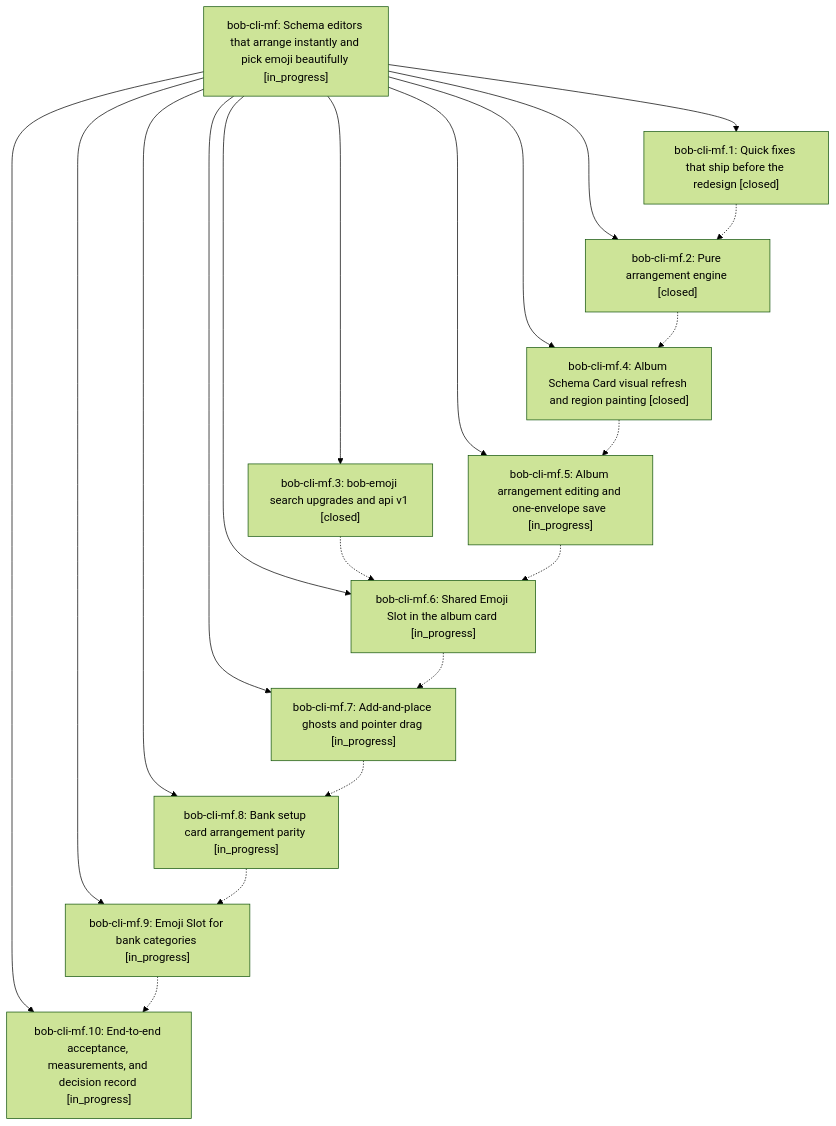
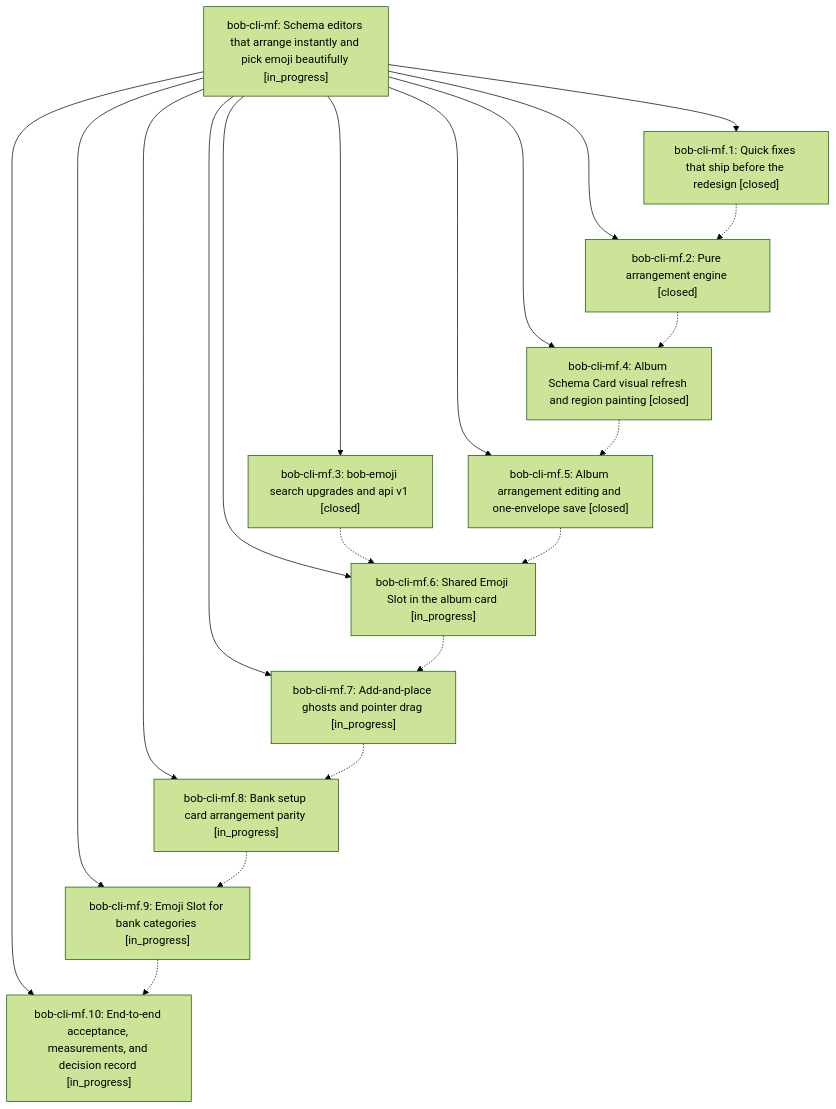
One commit to bobs-org/bob-cli--beads changed the diagram in pages/bob-cli-mf/README.md. Above: the diagram before and after it, drawn with Mermaid (forest theme). The commit also changed other lines of this file and 3 other files, not shown here.

First line of the commit message:
chore(beads): sync bead state and pages for bob-cli-mf

````diff
--- a/pages/bob-cli-mf/README.md
+++ b/pages/bob-cli-mf/README.md
@@ -43,33 +43,33 @@
 ```mermaid
 flowchart TD
     n0["bob-cli-mf: Schema editors that arrange instantly and pick emoji beautifully [in_progress]"]
     n1["bob-cli-mf.1: Quick fixes that ship before the redesign [closed]"]
     n2["bob-cli-mf.10: End-to-end acceptance, measurements, and decision record [in_progress]"]
     n3["bob-cli-mf.2: Pure arrangement engine [closed]"]
     n4["bob-cli-mf.3: bob-emoji search upgrades and api v1 [closed]"]
     n5["bob-cli-mf.4: Album Schema Card visual refresh and region painting [closed]"]
-    n6["bob-cli-mf.5: Album arrangement editing and one-envelope save [in_progress]"]
+    n6["bob-cli-mf.5: Album arrangement editing and one-envelope save [closed]"]
     n7["bob-cli-mf.6: Shared Emoji Slot in the album card [in_progress]"]
     n8["bob-cli-mf.7: Add-and-place ghosts and pointer drag [in_progress]"]
     n9["bob-cli-mf.8: Bank setup card arrangement parity [in_progress]"]
     n10["bob-cli-mf.9: Emoji Slot for bank categories [in_progress]"]
     n0 --> n1
     n0 --> n2
     n0 --> n3
     n0 --> n4
     n0 --> n5
     n0 --> n6
     n0 --> n7
     n0 --> n8
     n0 --> n9
     n0 --> n10
     n1 -.-> n3
     n3 -.-> n5
     n4 -.-> n7
     n5 -.-> n6
     n6 -.-> n7
     n7 -.-> n8
     n8 -.-> n9
     n9 -.-> n10
     n10 -.-> n2
 ```
````
